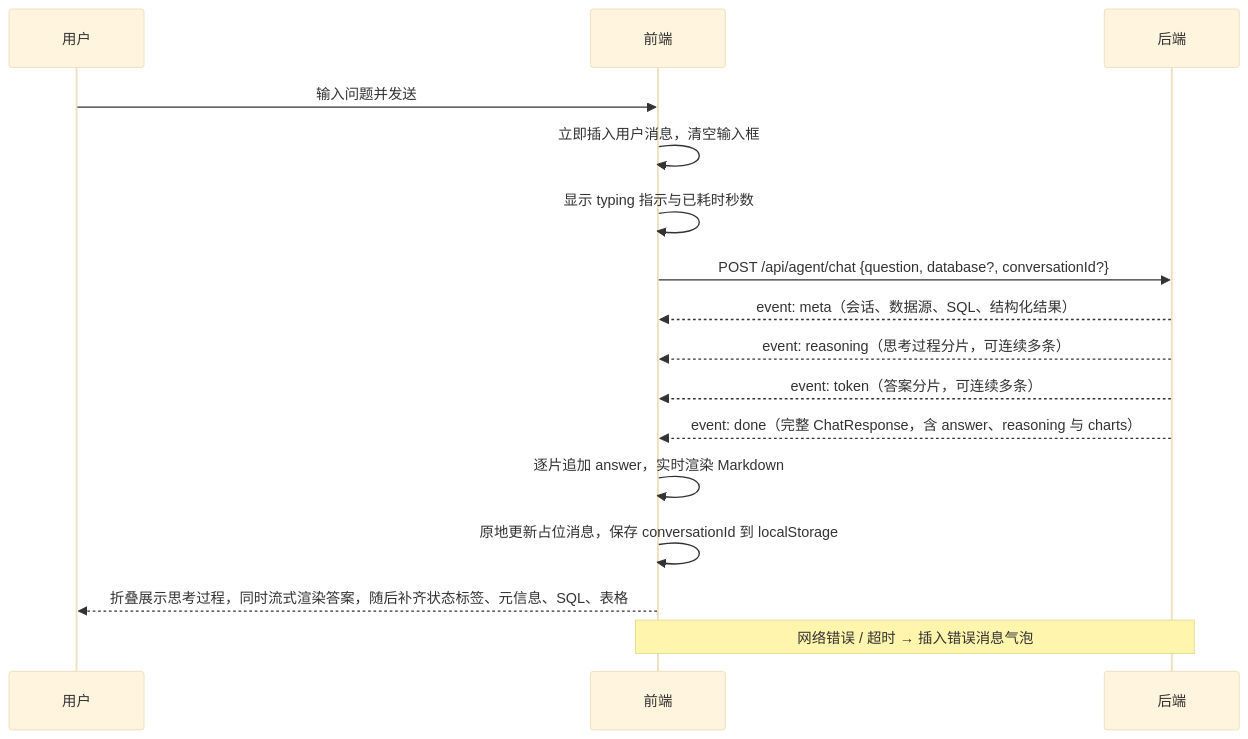
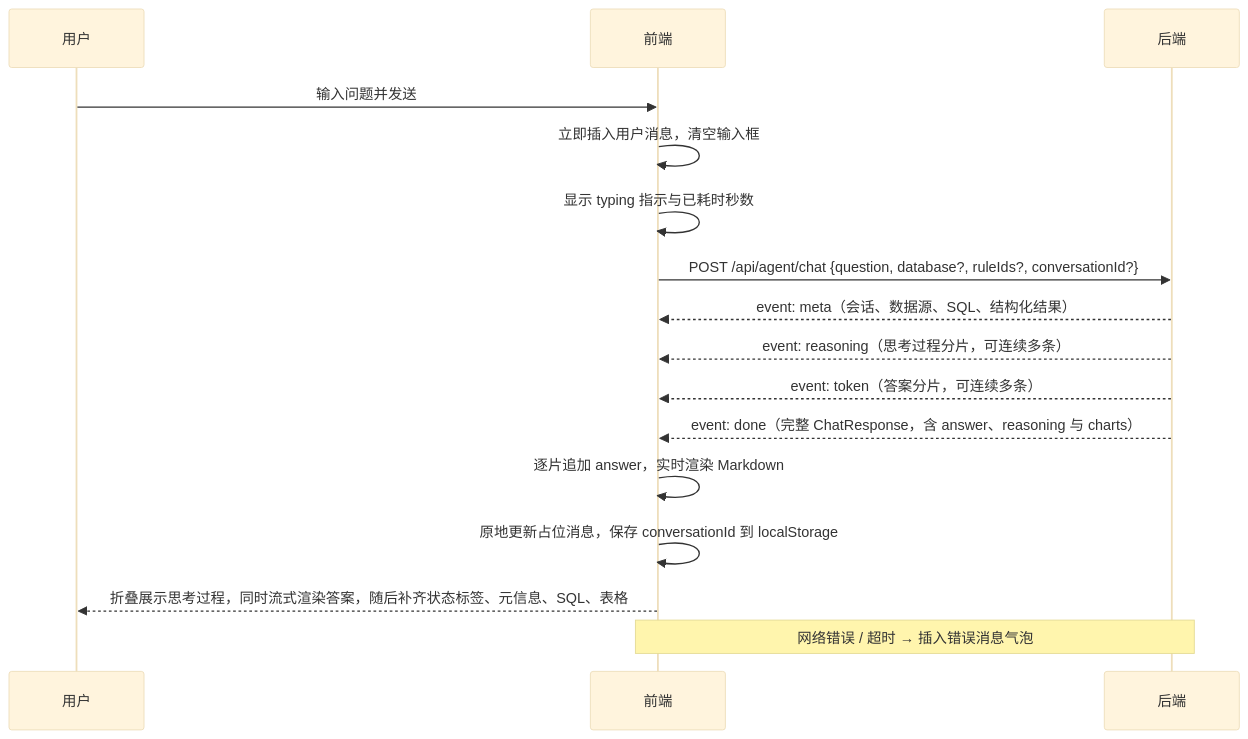
Before and after one commit to rinno1027/RinBi: the third of 3 diagrams in RinBIFrontend/README.md, drawn with Mermaid (base theme). The commit also changed other lines of this file and 32 other files, not shown here.

````diff
--- a/RinBIFrontend/README.md
+++ b/RinBIFrontend/README.md
@@ -201,18 +243,18 @@
 ```mermaid
 sequenceDiagram
     participant U as 用户
     participant F as 前端
     participant B as 后端
     U->>F: 输入问题并发送
     F->>F: 立即插入用户消息，清空输入框
     F->>F: 显示 typing 指示与已耗时秒数
-    F->>B: POST /api/agent/chat {question, database?, conversationId?}
+    F->>B: POST /api/agent/chat {question, database?, ruleIds?, conversationId?}
     B-->>F: event: meta（会话、数据源、SQL、结构化结果）
     B-->>F: event: reasoning（思考过程分片，可连续多条）
     B-->>F: event: token（答案分片，可连续多条）
     B-->>F: event: done（完整 ChatResponse，含 answer、reasoning 与 charts）
     F->>F: 逐片追加 answer，实时渲染 Markdown
     F->>F: 原地更新占位消息，保存 conversationId 到 localStorage
     F-->>U: 折叠展示思考过程，同时流式渲染答案，随后补齐状态标签、元信息、SQL、表格
     Note over F,B: 网络错误 / 超时 → 插入错误消息气泡
 ```
````
